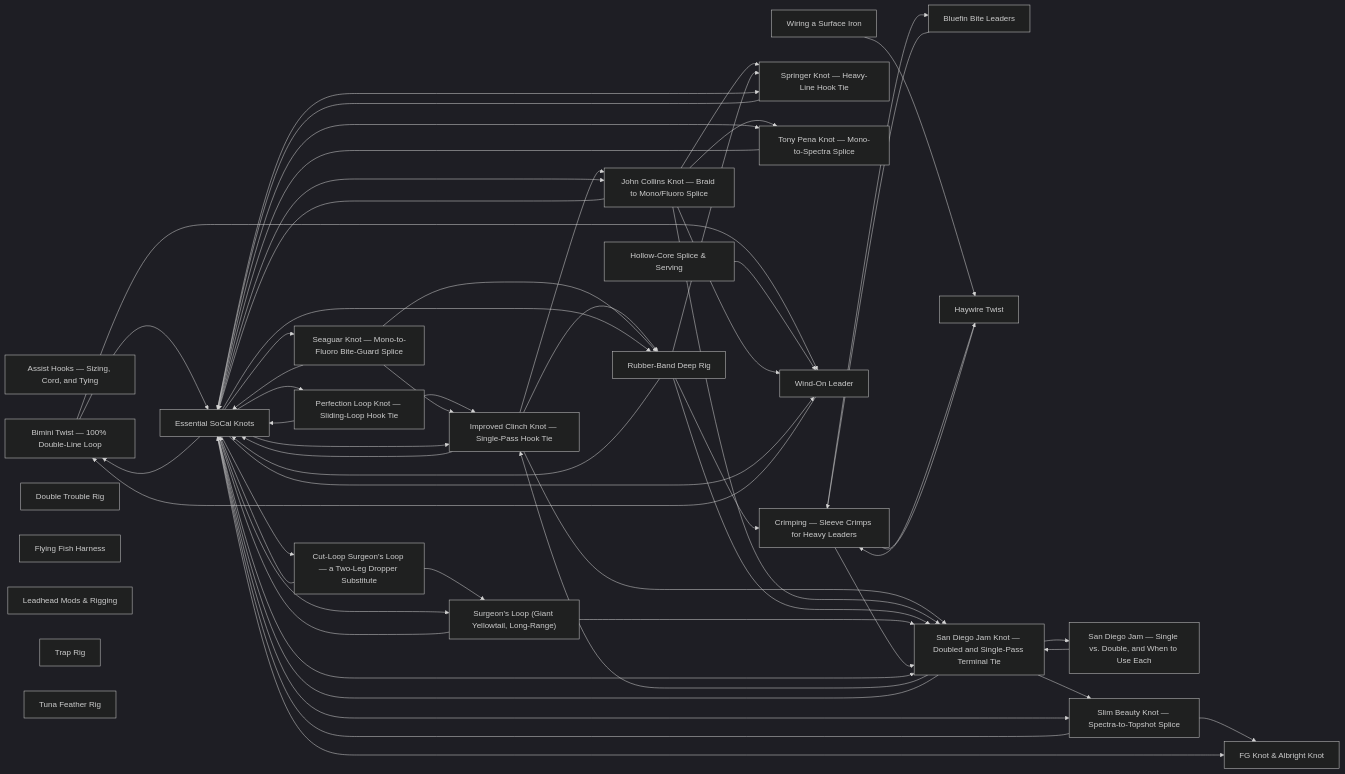
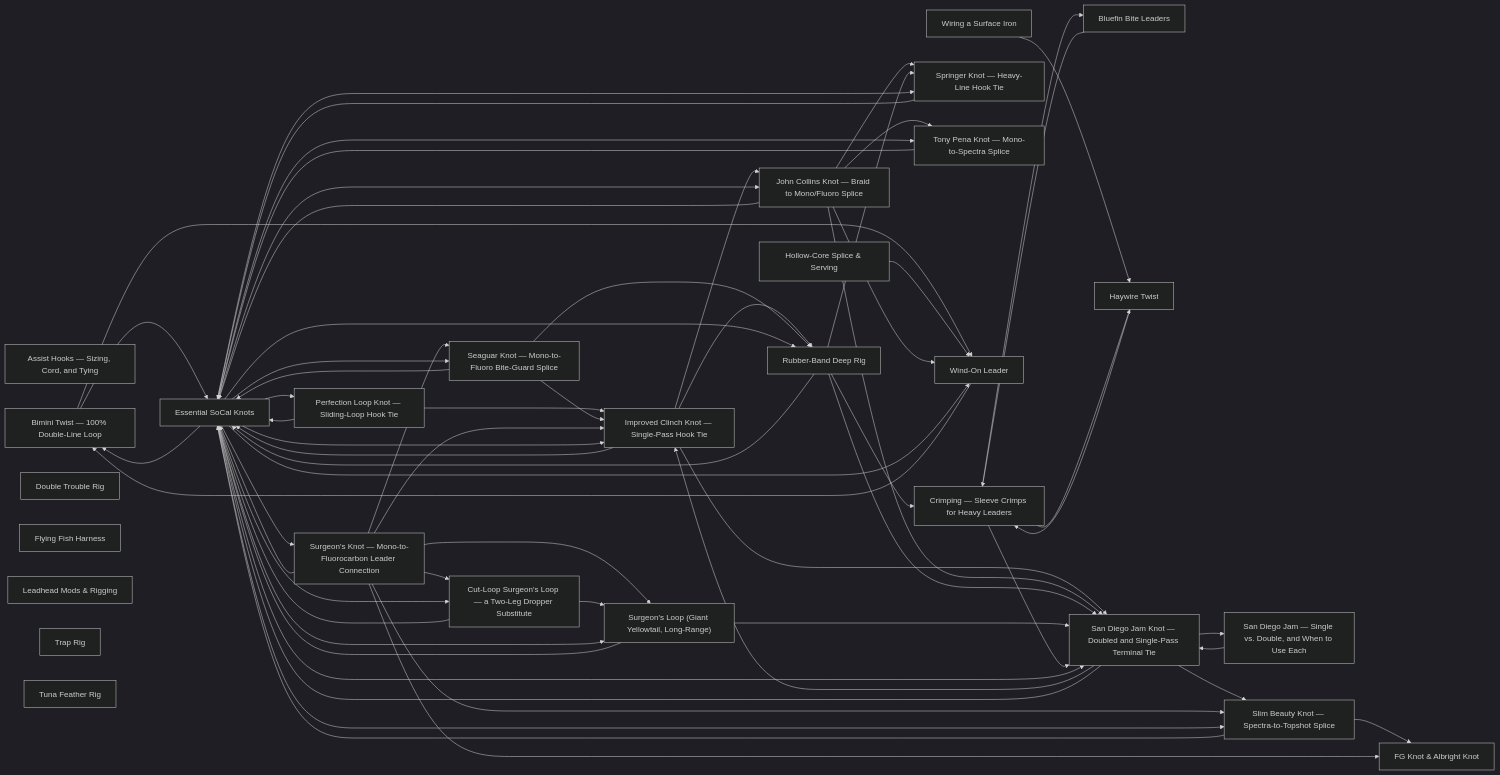
The diagram in rigging/README.md (camchuckpete-max/Socal-Fishing-Knowledge), drawn with Mermaid (dark theme) before and after one commit. The commit also changed other lines of this file and 19 other files, not shown here.

````diff
--- a/rigging/README.md
+++ b/rigging/README.md
@@ -60,23 +61,24 @@
   n18["Seaguar Knot — Mono-to-Fluoro Bite-Guard Splice"]
   n19["Slim Beauty Knot — Spectra-to-Topshot Splice"]
   n20["Springer Knot — Heavy-Line Hook Tie"]
-  n21["Surgeon's Loop (Giant Yellowtail, Long-Range)"]
-  n22["Tony Pena Knot — Mono-to-Spectra Splice"]
-  n23["Trap Rig"]
-  n24["Tuna Feather Rig"]
-  n25["Wind-On Leader"]
-  n26["Wiring a Surface Iron"]
-  n1 --> n25
+  n21["Surgeon's Knot — Mono-to-Fluorocarbon Leader Connection"]
+  n22["Surgeon's Loop (Giant Yellowtail, Long-Range)"]
+  n23["Tony Pena Knot — Mono-to-Spectra Splice"]
+  n24["Trap Rig"]
+  n25["Tuna Feather Rig"]
+  n26["Wind-On Leader"]
+  n27["Wiring a Surface Iron"]
+  n1 --> n26
   n1 --> n6
-  n10 --> n25
+  n10 --> n26
   n11 --> n12
   n11 --> n15
   n11 --> n16
   n11 --> n6
   n12 --> n16
   n12 --> n20
-  n12 --> n22
-  n12 --> n25
+  n12 --> n23
+  n12 --> n26
   n12 --> n6
   n14 --> n11
   n14 --> n6
@@ -96,15 +98,22 @@
   n19 --> n7
   n2 --> n3
   n20 --> n6
-  n21 --> n16
+  n21 --> n11
+  n21 --> n18
+  n21 --> n19
+  n21 --> n22
+  n21 --> n4
   n21 --> n6
+  n21 --> n7
+  n22 --> n16
   n22 --> n6
-  n25 --> n1
-  n26 --> n9
+  n23 --> n6
+  n26 --> n1
+  n27 --> n9
   n3 --> n16
   n3 --> n2
   n3 --> n9
-  n4 --> n21
+  n4 --> n22
   n4 --> n6
   n6 --> n1
   n6 --> n11
@@ -117,8 +126,8 @@
   n6 --> n20
   n6 --> n21
   n6 --> n22
-  n6 --> n25
+  n6 --> n23
+  n6 --> n26
   n6 --> n4
-  n6 --> n7
   n9 --> n3
 ```
````
